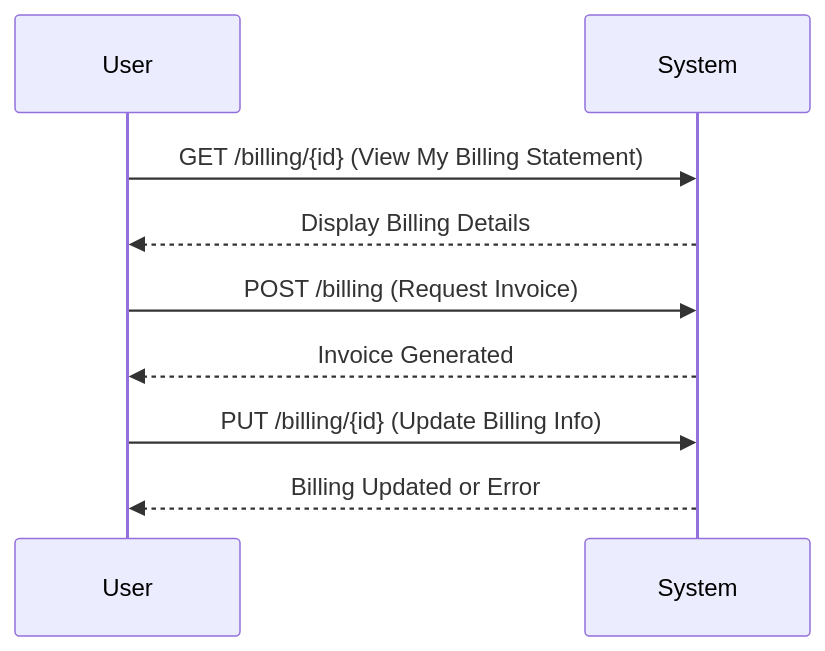
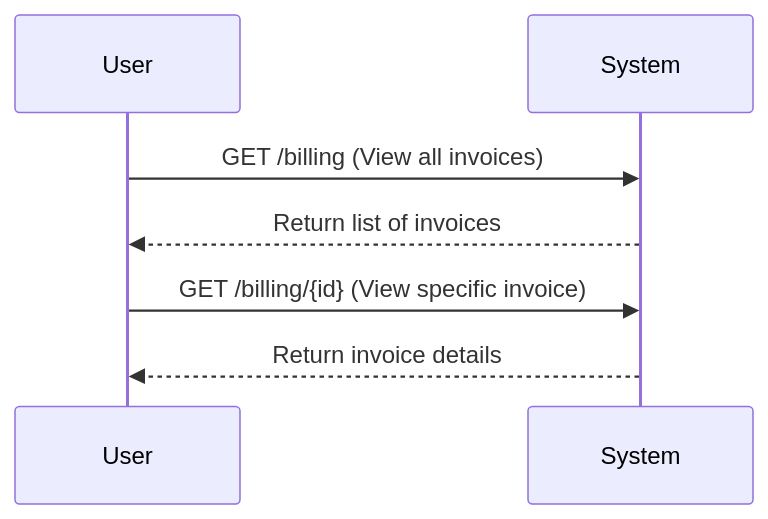
Before and after one commit to jizuuu/api-endpoint: diagram 14 of 15 in README.md, drawn with Mermaid. The commit also changed other lines of this file, not shown here.

````diff
--- a/README.md
+++ b/README.md
@@ -159,14 +173,11 @@
 ```mermaid
 sequenceDiagram
     participant User
     participant System
 
-    User->>System: GET /billing/{id} (View My Billing Statement)
-    System-->>User: Display Billing Details
+    User->>System: GET /billing (View all invoices)
+    System-->>User: Return list of invoices
 
-    User->>System: POST /billing (Request Invoice)
-    System-->>User: Invoice Generated
-
-    User->>System: PUT /billing/{id} (Update Billing Info)
-    System-->>User: Billing Updated or Error
+    User->>System: GET /billing/{id} (View specific invoice)
+    System-->>User: Return invoice details
 ```
````
